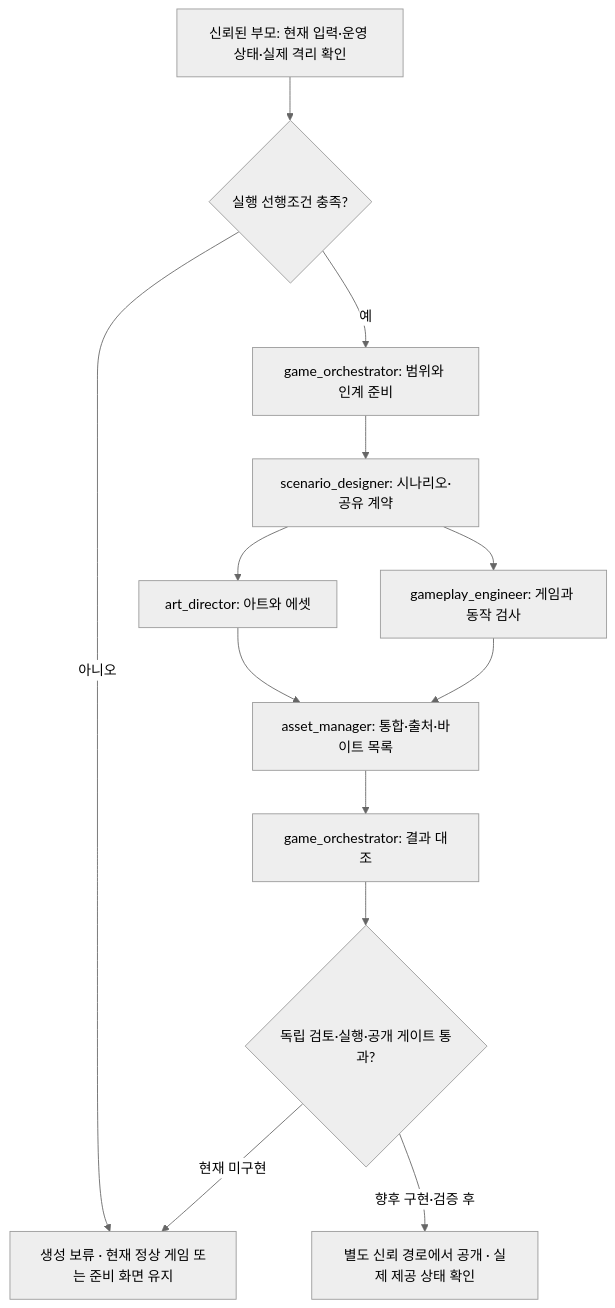
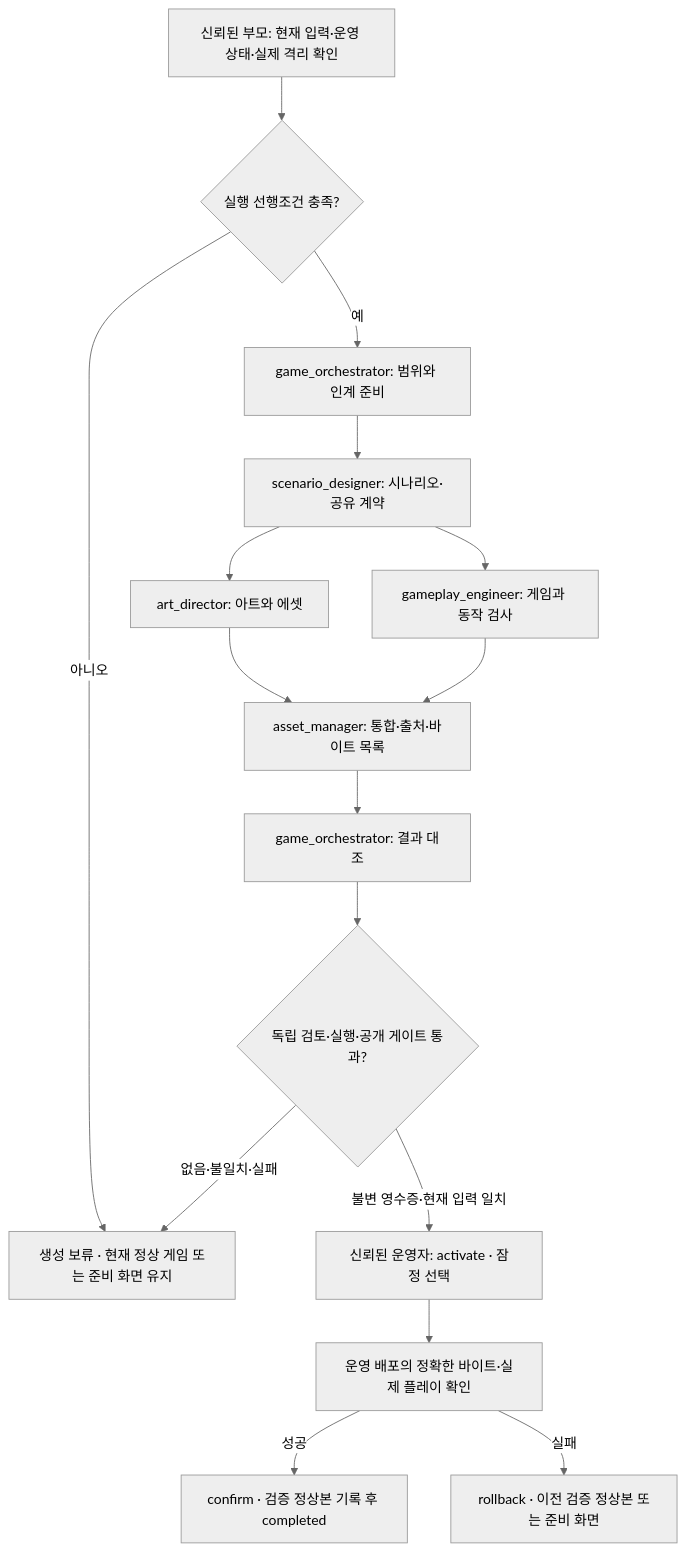
One commit to hongwoogi/yourgame changed the diagram in docs/game-agent-workflow.md. Above: the diagram before and after it, drawn with Mermaid (neutral theme). The commit also changed other lines of this file and 50 other files, not shown here.

````diff
--- a/docs/game-agent-workflow.md
+++ b/docs/game-agent-workflow.md
@@ -15,15 +27,18 @@
 ```mermaid
 flowchart TD
     Parent["신뢰된 부모: 현재 입력·운영 상태·실제 격리 확인"] --> Gate{"실행 선행조건 충족?"}
     Gate -->|"아니오"| Block["생성 보류 · 현재 정상 게임 또는 준비 화면 유지"]
     Gate -->|"예"| Orchestrate["game_orchestrator: 범위와 인계 준비"]
     Orchestrate --> Scenario["scenario_designer: 시나리오·공유 계약"]
     Scenario --> Art["art_director: 아트와 에셋"]
     Scenario --> Gameplay["gameplay_engineer: 게임과 동작 검사"]
     Art --> Assets["asset_manager: 통합·출처·바이트 목록"]
     Gameplay --> Assets
     Assets --> Validate["game_orchestrator: 결과 대조"]
     Validate --> Review{"독립 검토·실행·공개 게이트 통과?"}
-    Review -->|"현재 미구현"| Block
-    Review -->|"향후 구현·검증 후"| Release["별도 신뢰 경로에서 공개 · 실제 제공 상태 확인"]
+    Review -->|"없음·불일치·실패"| Block
+    Review -->|"불변 영수증·현재 입력 일치"| Select["신뢰된 운영자: activate · 잠정 선택"]
+    Select --> Play["운영 배포의 정확한 바이트·실제 플레이 확인"]
+    Play -->|"성공"| Release["confirm · 검증 정상본 기록 후 completed"]
+    Play -->|"실패"| Restore["rollback · 이전 검증 정상본 또는 준비 화면"]
 ```
````
